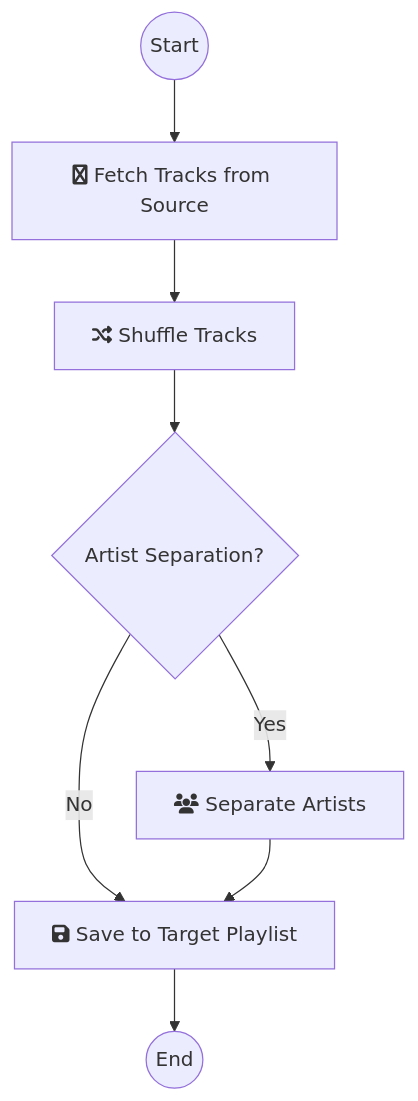
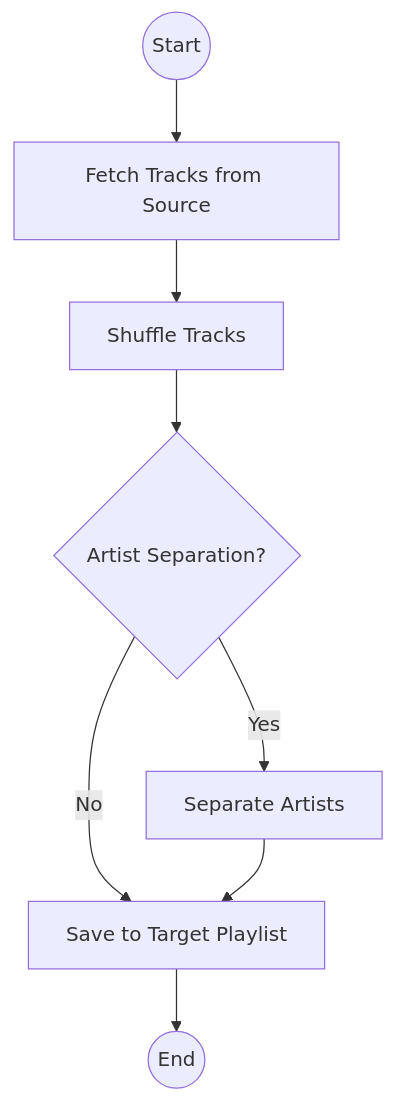
The first of 7 diagrams in README.md (froggeric/gas-spotify-automation), drawn with Mermaid before and after one commit. The commit also changed other lines of this file, not shown here.

````diff
--- a/README.md
+++ b/README.md
@@ -65,10 +65,10 @@
 ```mermaid
 graph TD
-    A((Start)) --> B["fa:fa-spotify Fetch Tracks from Source"];
-    B --> C["fa:fa-random Shuffle Tracks"];
+    A((Start)) --> B["Fetch Tracks from Source"];
+    B --> C["Shuffle Tracks"];
     C --> D{Artist Separation?};
-    D -- Yes --> E["fa:fa-users Separate Artists"];
+    D -- Yes --> E["Separate Artists"];
     D -- No --> F;
-    E --> F["fa:fa-save Save to Target Playlist"];
+    E --> F["Save to Target Playlist"];
     F --> G((End));
 ```
````
